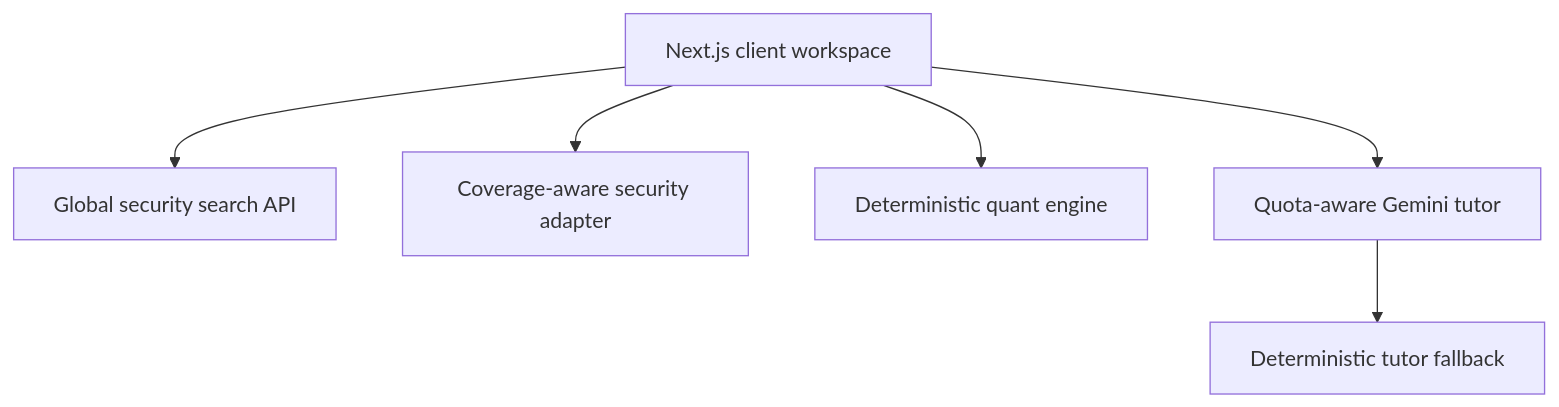
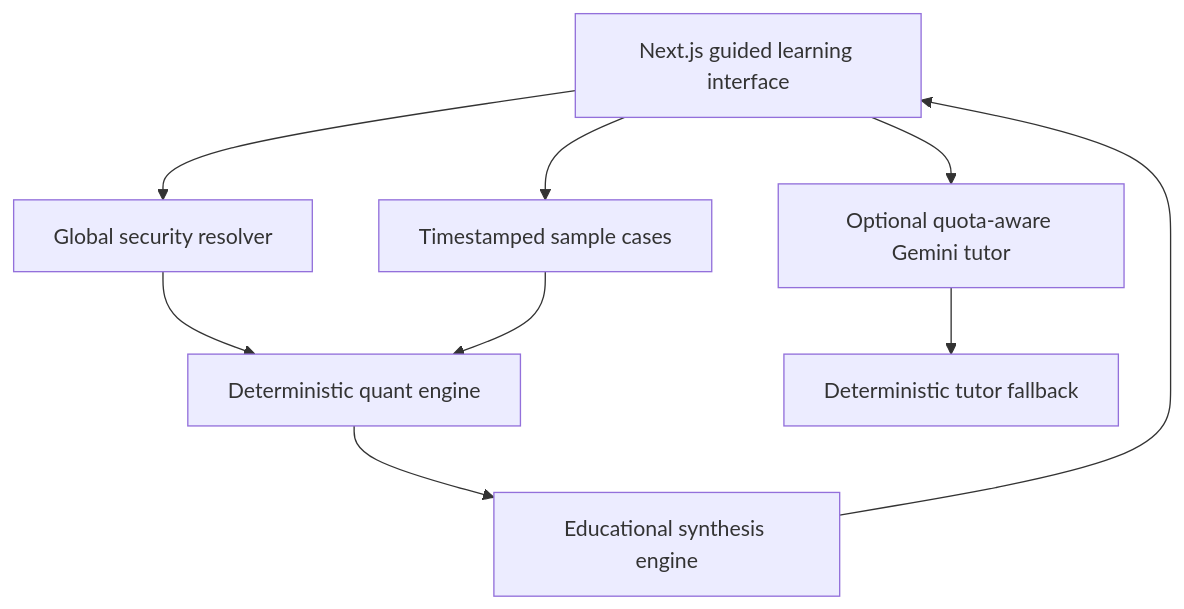
Before and after one commit to MT7654/longviewresearch: the second of 2 diagrams in README.md, drawn with Mermaid. The commit also changed other lines of this file and 14 other files, not shown here.

Commit message:
Rebuild Longview as a guided quant literacy agent

````diff
--- a/README.md
+++ b/README.md
@@ -242,15 +162,19 @@
 ```mermaid
 flowchart TB
-    UI[Next.js client workspace]
-    SEARCH[Global security search API]
-    DATA[Coverage-aware security adapter]
-    QUANT[Deterministic quant engine]
-    TUTOR[Quota-aware Gemini tutor]
-    FALLBACK[Deterministic tutor fallback]
+    UI["Next.js guided learning interface"]
+    SEARCH["Global security resolver"]
+    SAMPLE["Timestamped sample cases"]
+    QUANT["Deterministic quant engine"]
+    EDUCATION["Educational synthesis engine"]
+    GEMINI["Optional quota-aware Gemini tutor"]
+    FALLBACK["Deterministic tutor fallback"]
 
     UI --> SEARCH
-    UI --> DATA
-    UI --> QUANT
-    UI --> TUTOR
-    TUTOR --> FALLBACK
+    UI --> SAMPLE
+    SEARCH --> QUANT
+    SAMPLE --> QUANT
+    QUANT --> EDUCATION
+    EDUCATION --> UI
+    UI --> GEMINI
+    GEMINI --> FALLBACK
 ```
````
